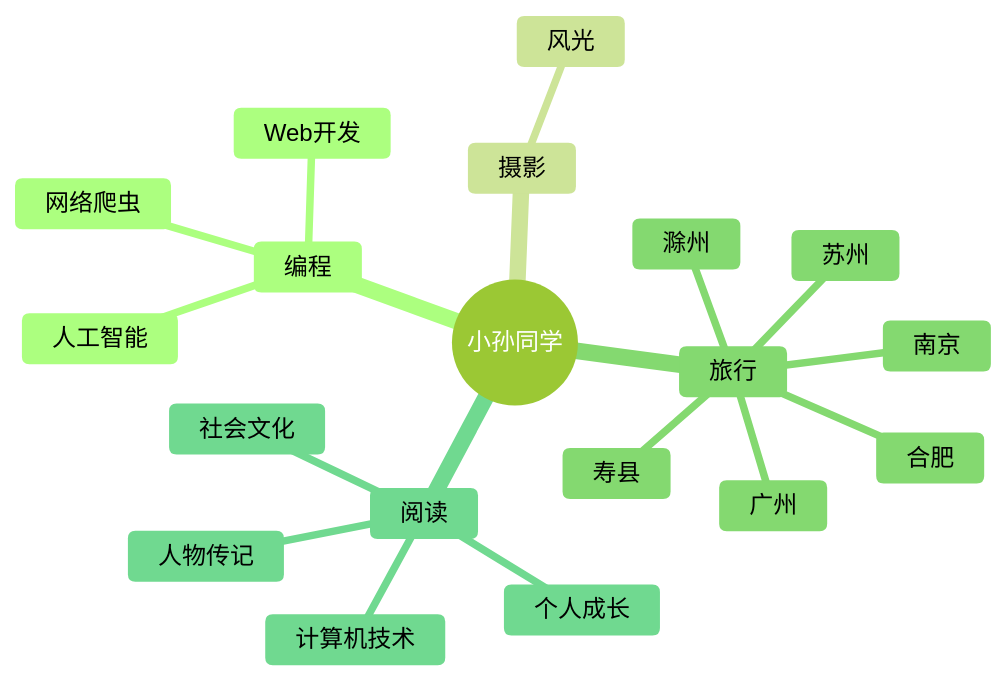
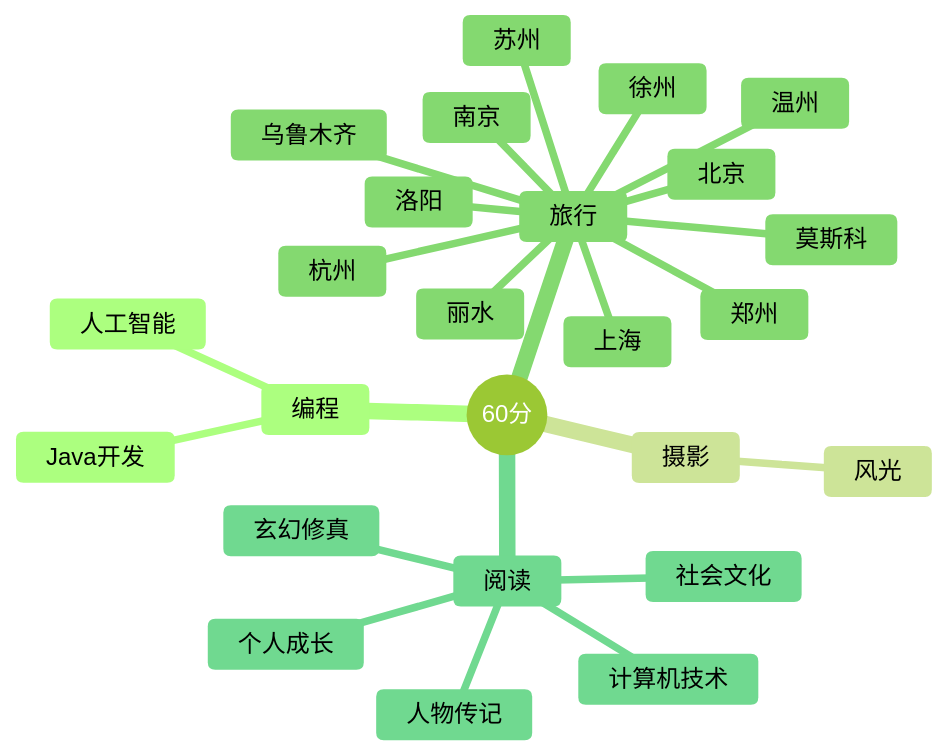
One commit to aiwandianao/aiwandianao changed the diagram in README.md. Above: the diagram before and after it, drawn with Mermaid (forest theme). The commit also changed other lines of this file, not shown here.

````diff
--- a/README.md
+++ b/README.md
@@ -199,22 +171,30 @@
 ```mermaid
 mindmap
-  root((小孙同学))
+  root((60分))
     编程
-      Web开发
-      网络爬虫
+      Java开发
       人工智能
     摄影
       风光
     旅行
-      广州
+      北京
+      莫斯科
+      徐州
+      南京
       苏州
-      南京
-      滁州
-      合肥
-      寿县
+      乌鲁木齐
+      杭州
+      上海
+      丽水
+      温州
+      洛阳
+      郑州
+      
     阅读
+      计算机技术
       人物传记
       个人成长
       社会文化
-      计算机技术
+      玄幻修真
+      
 ```
````
